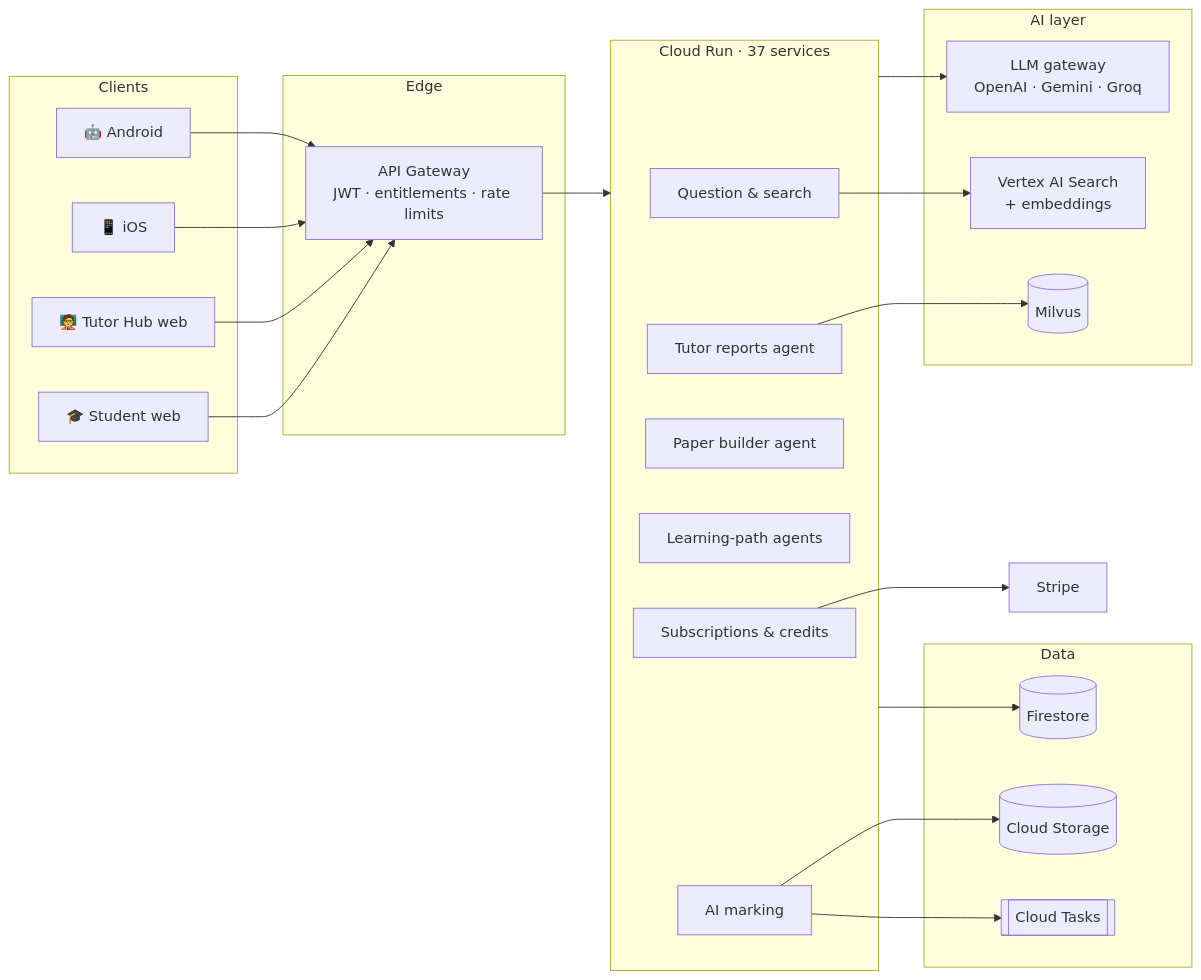
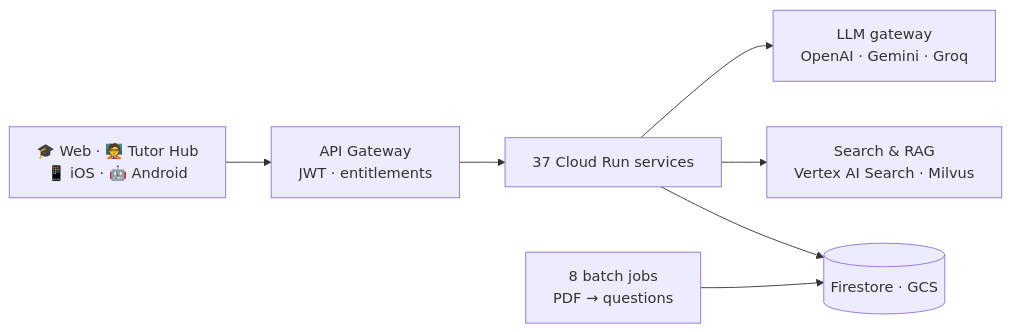
One commit to tallaprs15/tallaprs15 changed the diagram in README.md. Above: the diagram before and after it, drawn with Mermaid. The commit also changed other lines of this file, not shown here.

````diff
--- a/README.md
+++ b/README.md
@@ -38,38 +46,9 @@
 ```mermaid
 flowchart LR
-  subgraph Clients
-    SW[🎓 Student web]
-    TW[🧑‍🏫 Tutor Hub web]
-    IOS[📱 iOS]
-    AND[🤖 Android]
-  end
-  subgraph Edge
-    GW[API Gateway<br/>JWT · entitlements · rate limits]
-  end
-  subgraph Core["Cloud Run · 37 services"]
-    Q["Question & search"]
-    M[AI marking]
-    P[Paper builder agent]
-    LP[Learning-path agents]
-    R[Tutor reports agent]
-    S["Subscriptions & credits"]
-  end
-  subgraph AI["AI layer"]
-    LLM[LLM gateway<br/>OpenAI · Gemini · Groq]
-    VS[Vertex AI Search<br/>+ embeddings]
-    MV[(Milvus)]
-  end
-  subgraph Data
-    FS[(Firestore)]
-    GCS[(Cloud Storage)]
-    CT[[Cloud Tasks]]
-  end
-  SW & TW & IOS & AND --> GW --> Core
-  Core --> LLM
-  Q --> VS
-  R --> MV
-  M --> CT
-  Core --> FS
-  M --> GCS
-  S --> STRIPE[Stripe]
+  C["🎓 Web · 🧑‍🏫 Tutor Hub<br/>📱 iOS · 🤖 Android"] --> GW[API Gateway<br/>JWT · entitlements]
+  GW --> S["37 Cloud Run services"]
+  S --> AI["LLM gateway<br/>OpenAI · Gemini · Groq"]
+  S --> R["Search & RAG<br/>Vertex AI Search · Milvus"]
+  S --> D[(Firestore · GCS)]
+  J["8 batch jobs<br/>PDF → questions"] --> D
 ```
````
